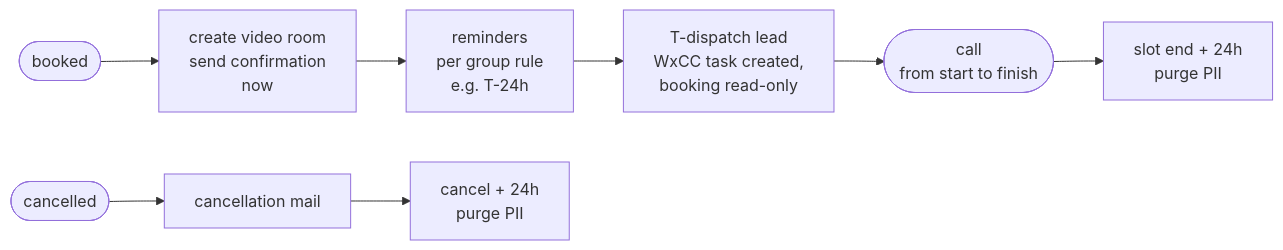
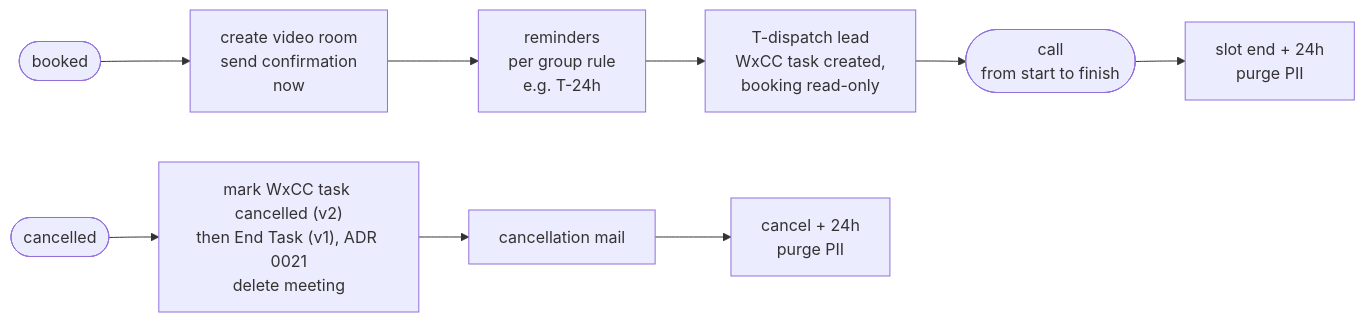
The eighth of 13 diagrams in docs/architecture.md (3Corners-Labs/OpenPlanner), drawn with Mermaid before and after one commit. The commit also changed other lines of this file and 47 other files, not shown here.

````diff
--- a/docs/architecture.md
+++ b/docs/architecture.md
@@ -383,11 +384,11 @@
 ```mermaid
 flowchart LR
     book(["booked"]) --> confirm["create video room<br/>send confirmation<br/>now"]
     confirm --> remind["reminders<br/>per group rule<br/>e.g. T-24h"]
     remind --> dispatch["T-dispatch lead<br/>WxCC task created,<br/>booking read-only"]
     dispatch --> meeting(["call<br/>from start to finish"])
     meeting --> purge["slot end + 24h<br/>purge PII"]
 
-    cancel(["cancelled"]) --> cmail["cancellation mail"] --> cpurge["cancel + 24h<br/>purge PII"]
+    cancel(["cancelled"]) --> cend["mark WxCC task cancelled (v2)<br/>then End Task (v1), ADR 0021<br/>delete meeting"] --> cmail["cancellation mail"] --> cpurge["cancel + 24h<br/>purge PII"]
 
 ```
````
